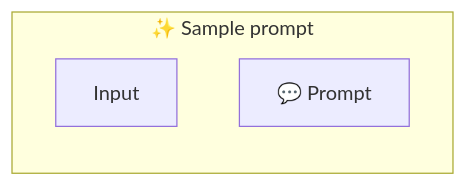
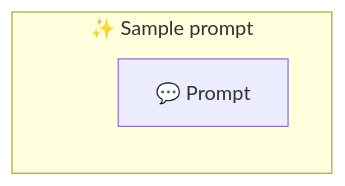
Before and after one commit to webgptorg/promptbook: the diagram in samples/templates/00-simple.ptbk.md, drawn with Mermaid. The commit also changed 16 other files, not shown here.

Commit message:
Auto-generated Mermaid graphs of promptboks

````diff
--- a/samples/templates/00-simple.ptbk.md
+++ b/samples/templates/00-simple.ptbk.md
@@ -9,19 +9,15 @@
 ```mermaid
 %% 🔮 Tip: Open this on GitHub or in the VSCode website to see the Mermaid graph visually
 
 flowchart LR
-    subgraph "✨ Sample prompt"
+  subgraph "✨ Sample prompt"
 
-        direction TB
+      direction TB
 
-        input[Input]
+      input[Input]:::hidden
+      templatePrompt[💬 Prompt]
 
+      classDef hidden display: none;
 
-        templatePrompt[💬 Prompt]
-
-
-
-
-
-    end
+  end;
 ```
````
